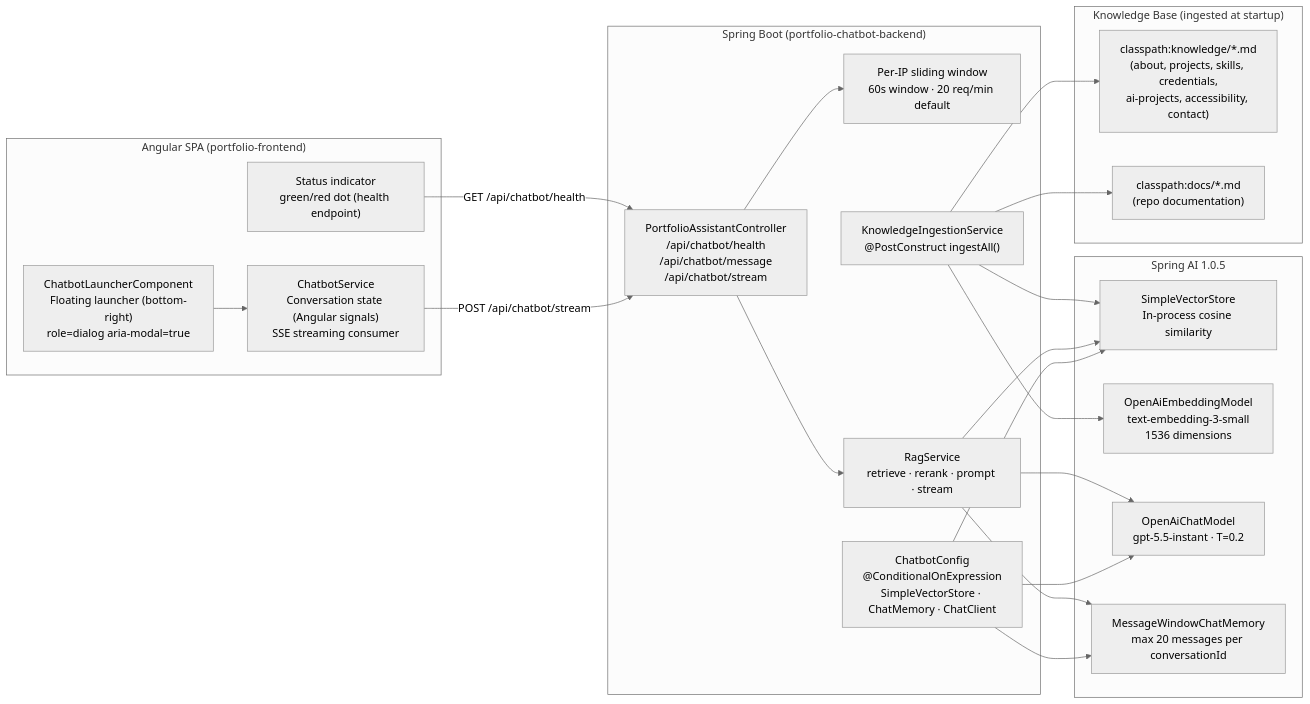
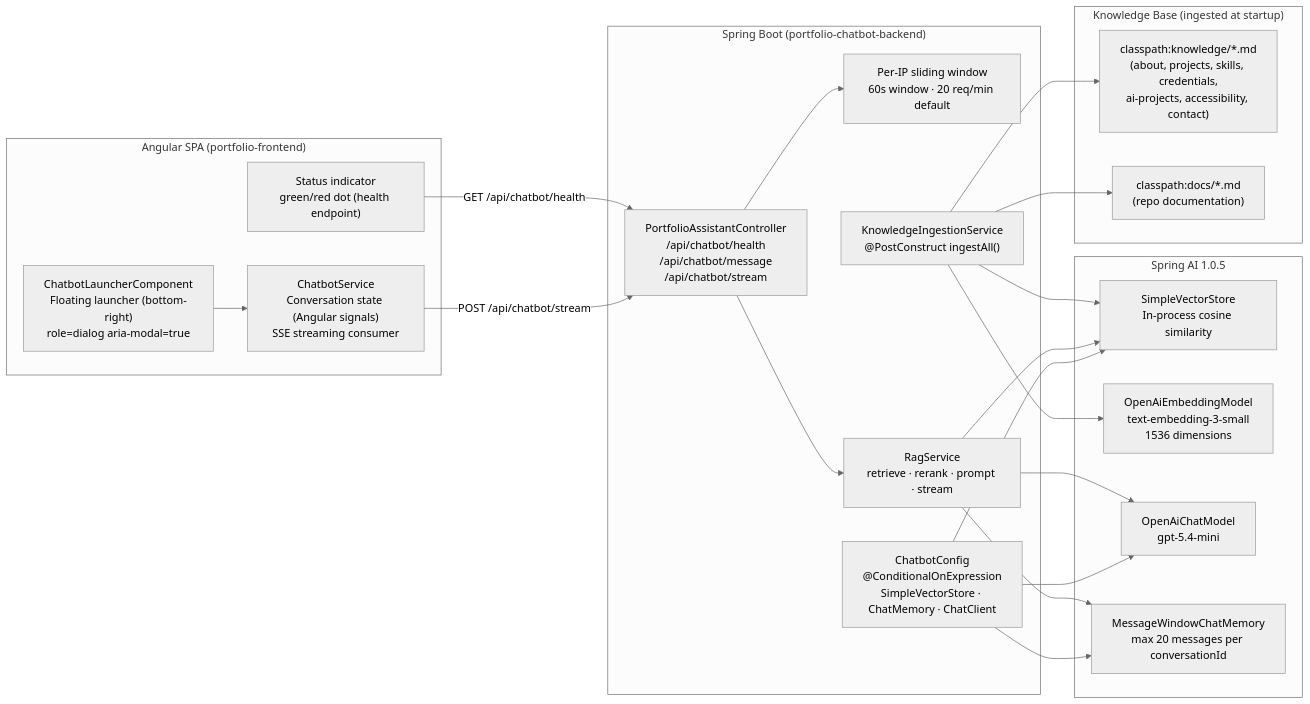
The fifth of 16 diagrams in portfolio-chatbot-backend/target/classes/docs/ARCHITECTURE.md (clark22134/MyPortfolioWebsite), drawn with Mermaid (neutral theme) before and after one commit. The commit also changed other lines of this file and 17 other files, not shown here.

````diff
--- a/portfolio-chatbot-backend/target/classes/docs/ARCHITECTURE.md
+++ b/portfolio-chatbot-backend/target/classes/docs/ARCHITECTURE.md
@@ -234,44 +234,44 @@
 ```mermaid
 graph LR
     subgraph Frontend["Angular SPA (portfolio-frontend)"]
         ChatbotLauncher["ChatbotLauncherComponent<br/>Floating launcher (bottom-right)<br/>role=dialog aria-modal=true"]
         ChatbotSvc["ChatbotService<br/>Conversation state (Angular signals)<br/>SSE streaming consumer"]
         HealthIndicator["Status indicator<br/>green/red dot (health endpoint)"]
     end
 
     subgraph Backend["Spring Boot (portfolio-chatbot-backend)"]
         Controller["PortfolioAssistantController<br/>/api/chatbot/health<br/>/api/chatbot/message<br/>/api/chatbot/stream"]
         RateLimiter["Per-IP sliding window<br/>60s window · 20 req/min default"]
         RagSvc["RagService<br/>retrieve · rerank · prompt · stream"]
         Ingestion["KnowledgeIngestionService<br/>@PostConstruct ingestAll()"]
         Config["ChatbotConfig<br/>@ConditionalOnExpression<br/>SimpleVectorStore · ChatMemory · ChatClient"]
     end
 
     subgraph KnowledgeBase["Knowledge Base (ingested at startup)"]
         KBMarkdown["classpath:knowledge/*.md<br/>(about, projects, skills, credentials,<br/>ai-projects, accessibility, contact)"]
         KBDocs["classpath:docs/*.md<br/>(repo documentation)"]
     end
 
     subgraph AI["Spring AI 1.0.5"]
         VectorStore["SimpleVectorStore<br/>In-process cosine similarity"]
         EmbedModel["OpenAiEmbeddingModel<br/>text-embedding-3-small<br/>1536 dimensions"]
-        ChatModel["OpenAiChatModel<br/>gpt-5.5-instant · T=0.2"]
+        ChatModel["OpenAiChatModel<br/>gpt-5.4-mini"]
         Memory["MessageWindowChatMemory<br/>max 20 messages per conversationId"]
     end
 
     ChatbotLauncher --> ChatbotSvc
     ChatbotSvc -->|POST /api/chatbot/stream| Controller
     HealthIndicator -->|GET /api/chatbot/health| Controller
 
     Controller --> RateLimiter
     Controller --> RagSvc
     Config --> VectorStore & Memory & ChatModel
 
     RagSvc --> VectorStore
     RagSvc --> Memory
     RagSvc --> ChatModel
 
     Ingestion --> KBMarkdown & KBDocs
     Ingestion --> EmbedModel
     Ingestion --> VectorStore
 ```
````
